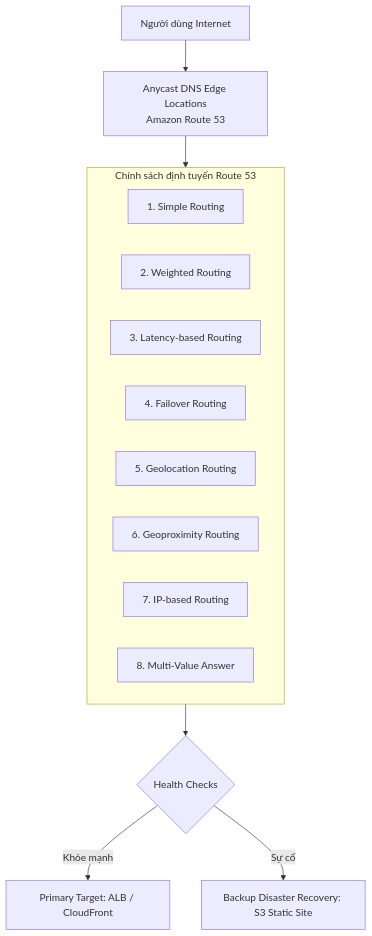
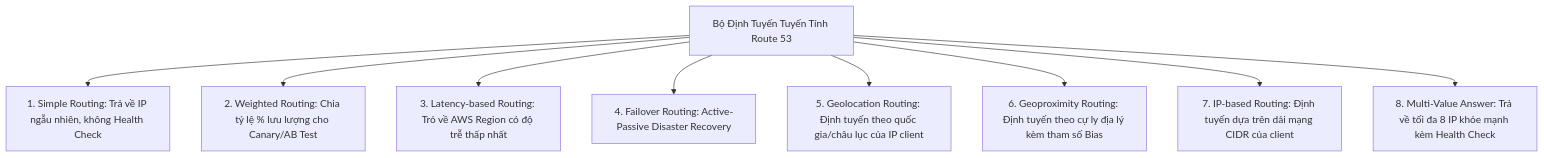
One commit to nhatphanhk/AWS_XBrain_Note changed the third of 5 diagrams in AWS_Services/Route53_DNS.md. Above: the diagram before and after it, drawn with Mermaid. The commit also changed other lines of this file and 15 other files, not shown here.

````diff
--- a/AWS_Services/Route53_DNS.md
+++ b/AWS_Services/Route53_DNS.md
@@ -24,21 +93,11 @@
 ```mermaid
 flowchart TD
-    Client[Người dùng Internet] --> Edge[Anycast DNS Edge Locations\nAmazon Route 53]
-    
-    subgraph RoutingPolicies[Chính sách định tuyến Route 53]
-        Simple[1. Simple Routing]
-        Weighted[2. Weighted Routing]
-        Latency[3. Latency-based Routing]
-        Failover[4. Failover Routing]
-        Geo[5. Geolocation Routing]
-        Proximity[6. Geoproximity Routing]
-        IPBased[7. IP-based Routing]
-        MultiValue[8. Multi-Value Answer]
-    end
-
-    Edge --> RoutingPolicies
-    
-    RoutingPolicies --> HC{Health Checks}
-    HC -->|Khỏe mạnh| Primary[Primary Target: ALB / CloudFront]
-    HC -->|Sự cố| Secondary[Backup Disaster Recovery: S3 Static Site]
+    R53_Engine[Bộ Định Tuyến Tuyến Tính Route 53] --> P1[1. Simple Routing: Trả về IP ngẫu nhiên, không Health Check]
+    R53_Engine --> P2[2. Weighted Routing: Chia tỷ lệ % lưu lượng cho Canary/AB Test]
+    R53_Engine --> P3[3. Latency-based Routing: Trỏ về AWS Region có độ trễ thấp nhất]
+    R53_Engine --> P4[4. Failover Routing: Active-Passive Disaster Recovery]
+    R53_Engine --> P5[5. Geolocation Routing: Định tuyến theo quốc gia/châu lục của IP client]
+    R53_Engine --> P6[6. Geoproximity Routing: Định tuyến theo cự ly địa lý kèm tham số Bias]
+    R53_Engine --> P7[7. IP-based Routing: Định tuyến dựa trên dải mạng CIDR của client]
+    R53_Engine --> P8[8. Multi-Value Answer: Trả về tối đa 8 IP khỏe mạnh kèm Health Check]
 ```
````
